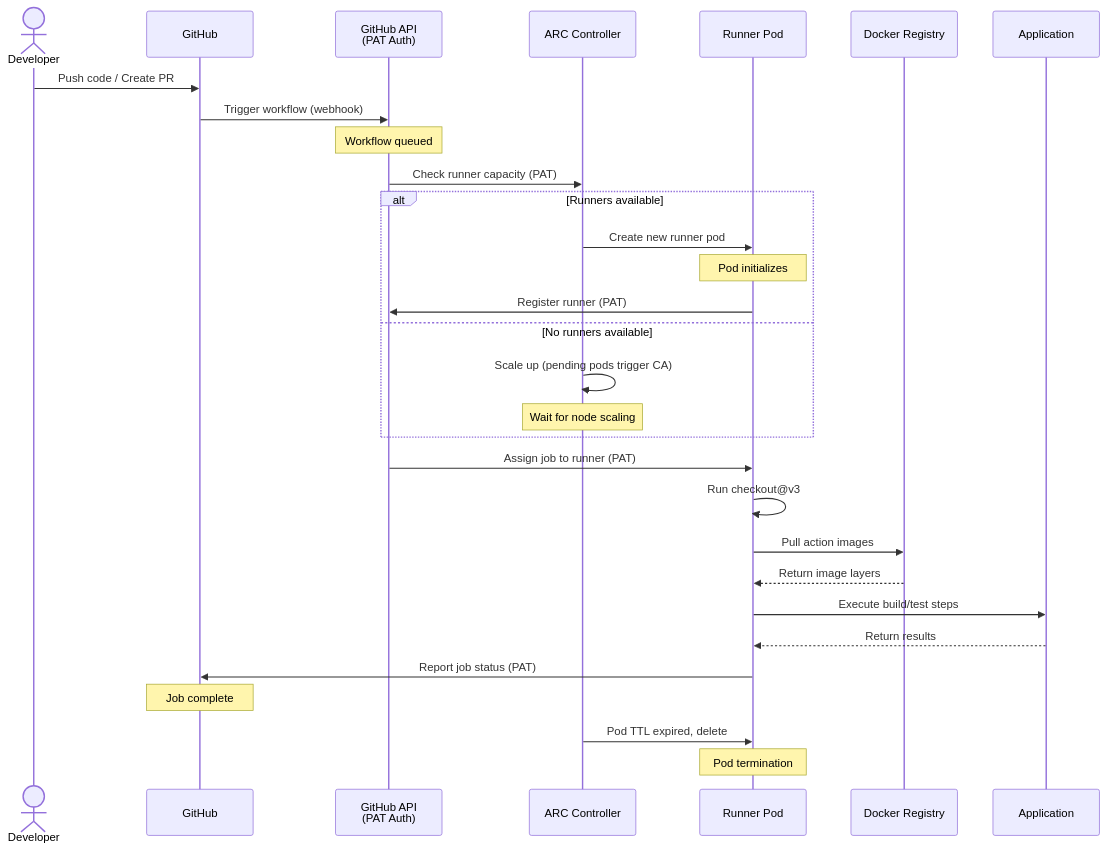
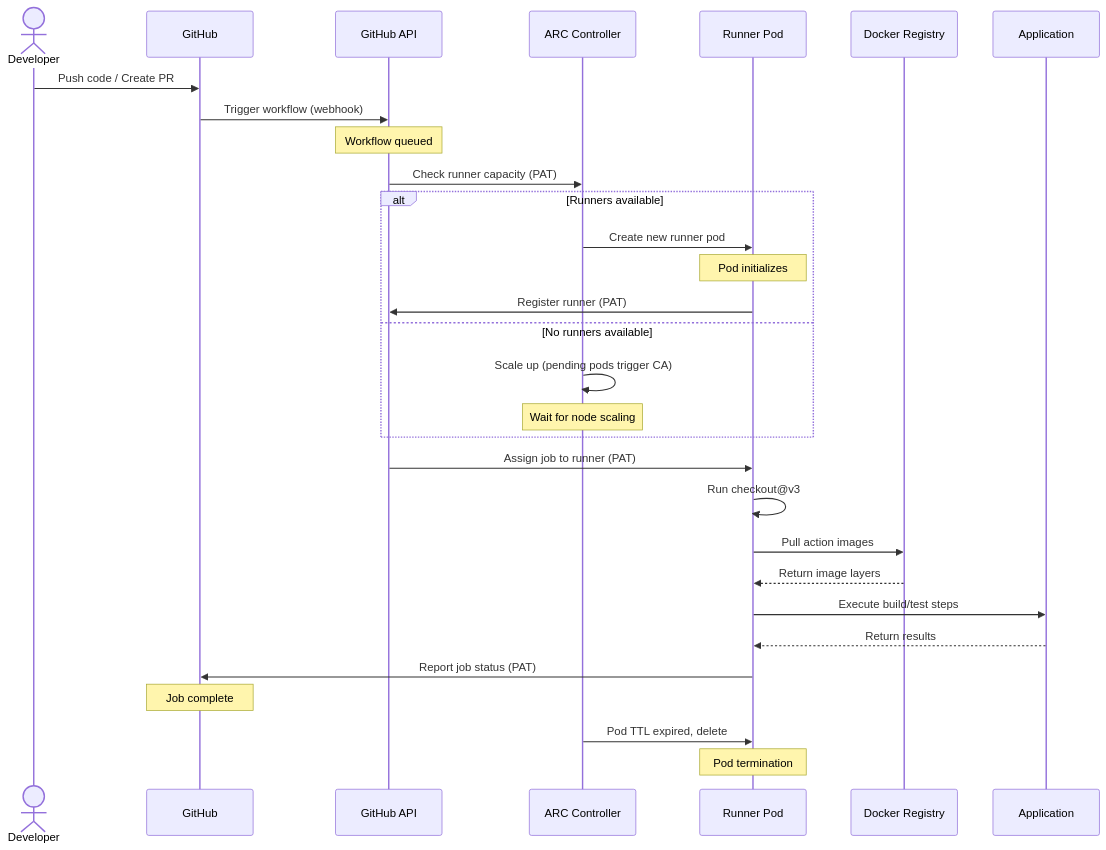
The third of 12 diagrams in DIAGRAMS.md (ajaychinthapalli/github-action-eks-runners), drawn with Mermaid before and after one commit. The commit also changed other lines of this file, not shown here.

Commit message:
Fix mermaid sequence diagram rendering: Remove unsupported br tags from participant names

````diff
--- a/DIAGRAMS.md
+++ b/DIAGRAMS.md
@@ -137,34 +137,34 @@
 ```mermaid
 sequenceDiagram
     actor Dev as Developer
     participant GH as GitHub
-    participant PAT as GitHub API<br/>(PAT Auth)
+    participant PAT as GitHub API
     participant ARC as ARC Controller
     participant Runner as Runner Pod
     participant Docker as Docker Registry
     participant App as Application
     
     Dev->>GH: Push code / Create PR
     GH->>PAT: Trigger workflow (webhook)
     Note over PAT: Workflow queued
     PAT->>ARC: Check runner capacity (PAT)
     alt Runners available
         ARC->>Runner: Create new runner pod
         Note over Runner: Pod initializes
         Runner->>PAT: Register runner (PAT)
     else No runners available
         ARC->>ARC: Scale up (pending pods trigger CA)
         Note over ARC: Wait for node scaling
     end
     PAT->>Runner: Assign job to runner (PAT)
     Runner->>Runner: Run checkout@v3
     Runner->>Docker: Pull action images
     Docker-->>Runner: Return image layers
     Runner->>App: Execute build/test steps
     App-->>Runner: Return results
     Runner->>GH: Report job status (PAT)
     Note over GH: Job complete
     ARC->>Runner: Pod TTL expired, delete
     Note over Runner: Pod termination
     
 ```
````
